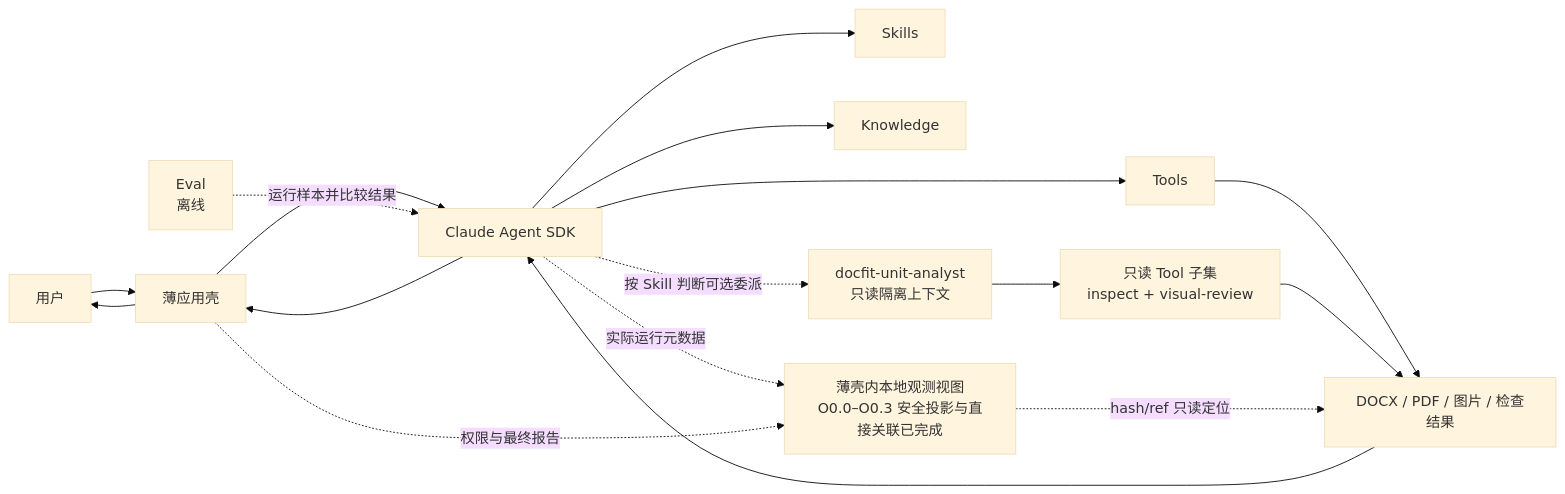
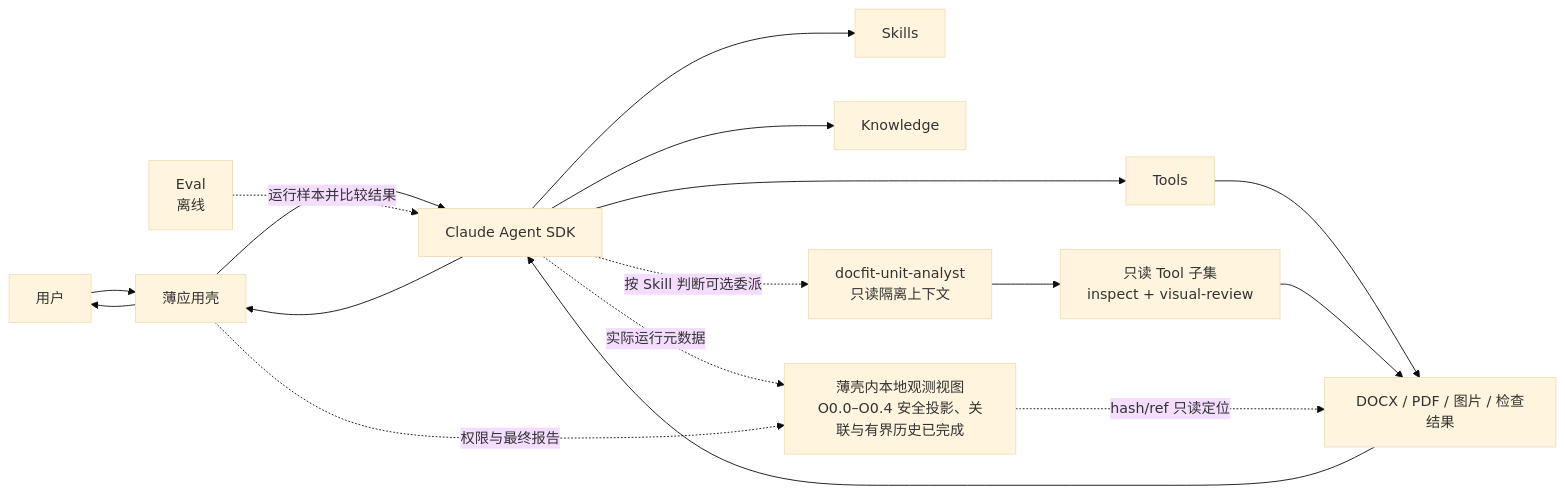
Before and after one commit to bamao88/0730: the diagram in docs/docfit-01-architecture-core.md, drawn with Mermaid (base theme). The commit also changed other lines of this file and 9 other files, not shown here.

````diff
--- a/docs/docfit-01-architecture-core.md
+++ b/docs/docfit-01-architecture-core.md
@@ -83,19 +83,19 @@
 ```mermaid
 flowchart LR
     U["用户"] --> A["薄应用壳"]
     A --> SDK["Claude Agent SDK"]
     SDK --> S["Skills"]
     SDK --> K["Knowledge"]
     SDK --> T["Tools"]
     SDK -."按 Skill 判断可选委派".-> SA["docfit-unit-analyst<br/>只读隔离上下文"]
     SA --> RT["只读 Tool 子集<br/>inspect + visual-review"]
     T --> F["DOCX / PDF / 图片 / 检查结果"]
     RT --> F
     F --> SDK
     SDK --> A
     A --> U
-    SDK -."实际运行元数据".-> O["薄壳内本地观测视图<br/>O0.0–O0.3 安全投影与直接关联已完成"]
+    SDK -."实际运行元数据".-> O["薄壳内本地观测视图<br/>O0.0–O0.4 安全投影、关联与有界历史已完成"]
     A -."权限与最终报告".-> O
     O -."hash/ref 只读定位".-> F
     E["Eval<br/>离线"] -.运行样本并比较结果.-> SDK
 ```
````
